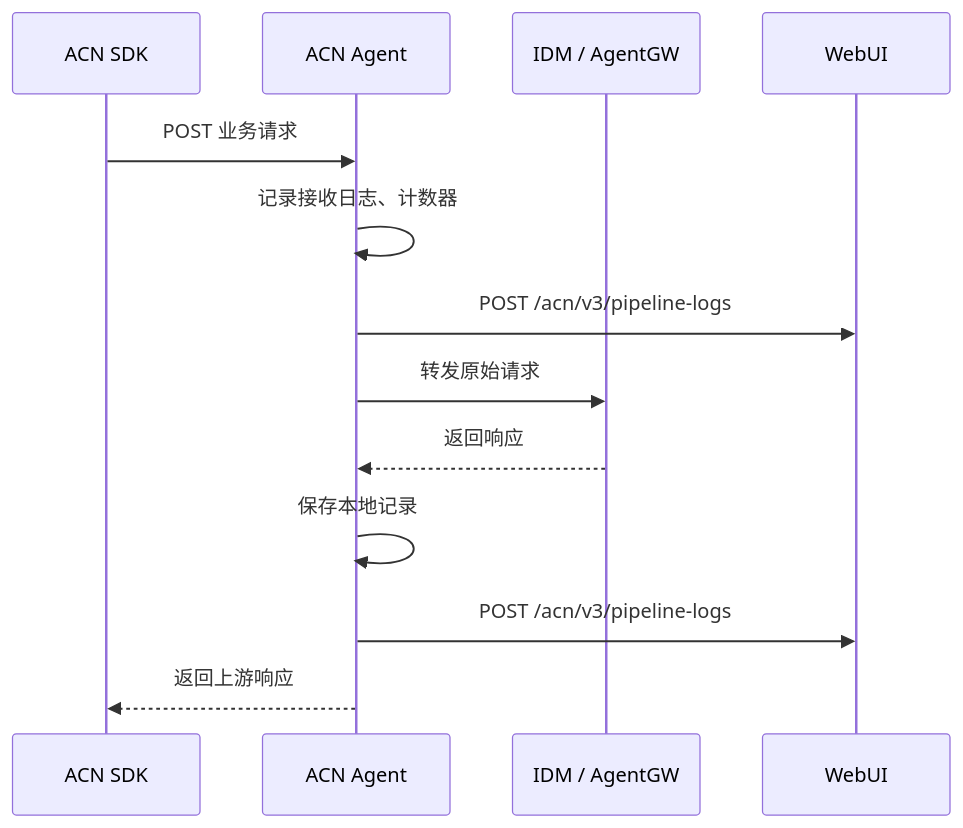
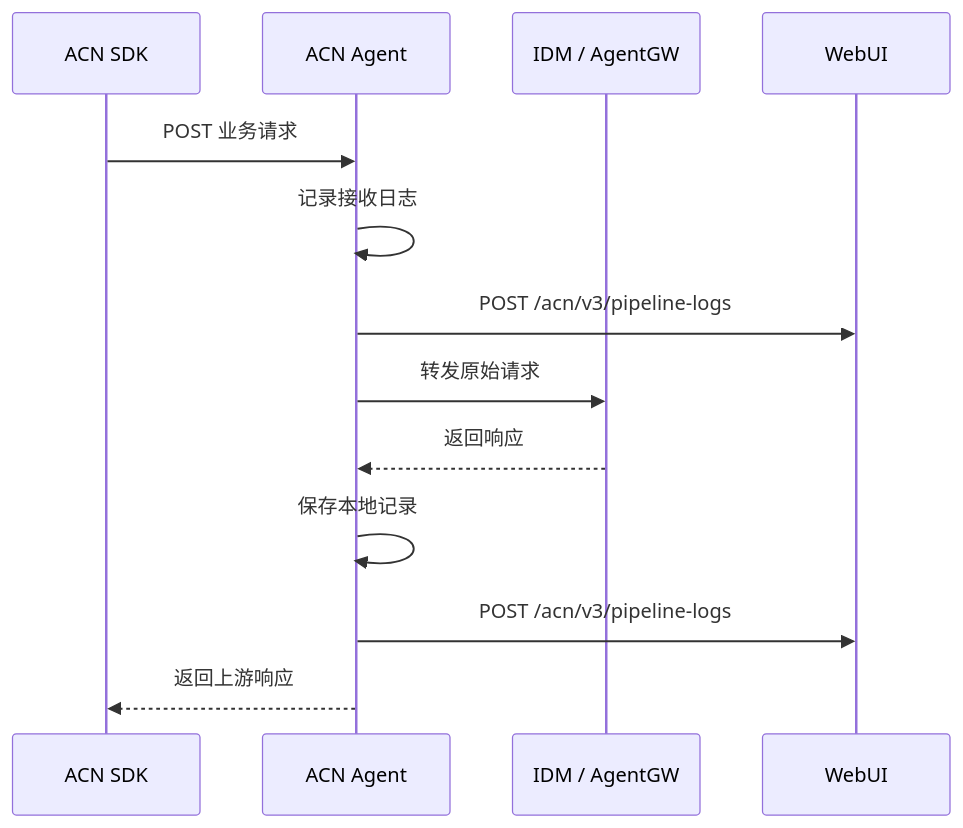
Before and after one commit to acore2026/acn_agent: the second of 2 diagrams in docs/architecture.md, drawn with Mermaid. The commit also changed other lines of this file and 12 other files, not shown here.

````diff
--- a/docs/architecture.md
+++ b/docs/architecture.md
@@ -48,16 +46,16 @@
 ```mermaid
 sequenceDiagram
     participant SDK as ACN SDK
     participant Agent as ACN Agent
     participant Upstream as IDM / AgentGW
     participant UI as WebUI
 
     SDK->>Agent: POST 业务请求
-    Agent->>Agent: 记录接收日志、计数器
+    Agent->>Agent: 记录接收日志
     Agent->>UI: POST /acn/v3/pipeline-logs
     Agent->>Upstream: 转发原始请求
     Upstream-->>Agent: 返回响应
     Agent->>Agent: 保存本地记录
     Agent->>UI: POST /acn/v3/pipeline-logs
     Agent-->>SDK: 返回上游响应
 ```
````
